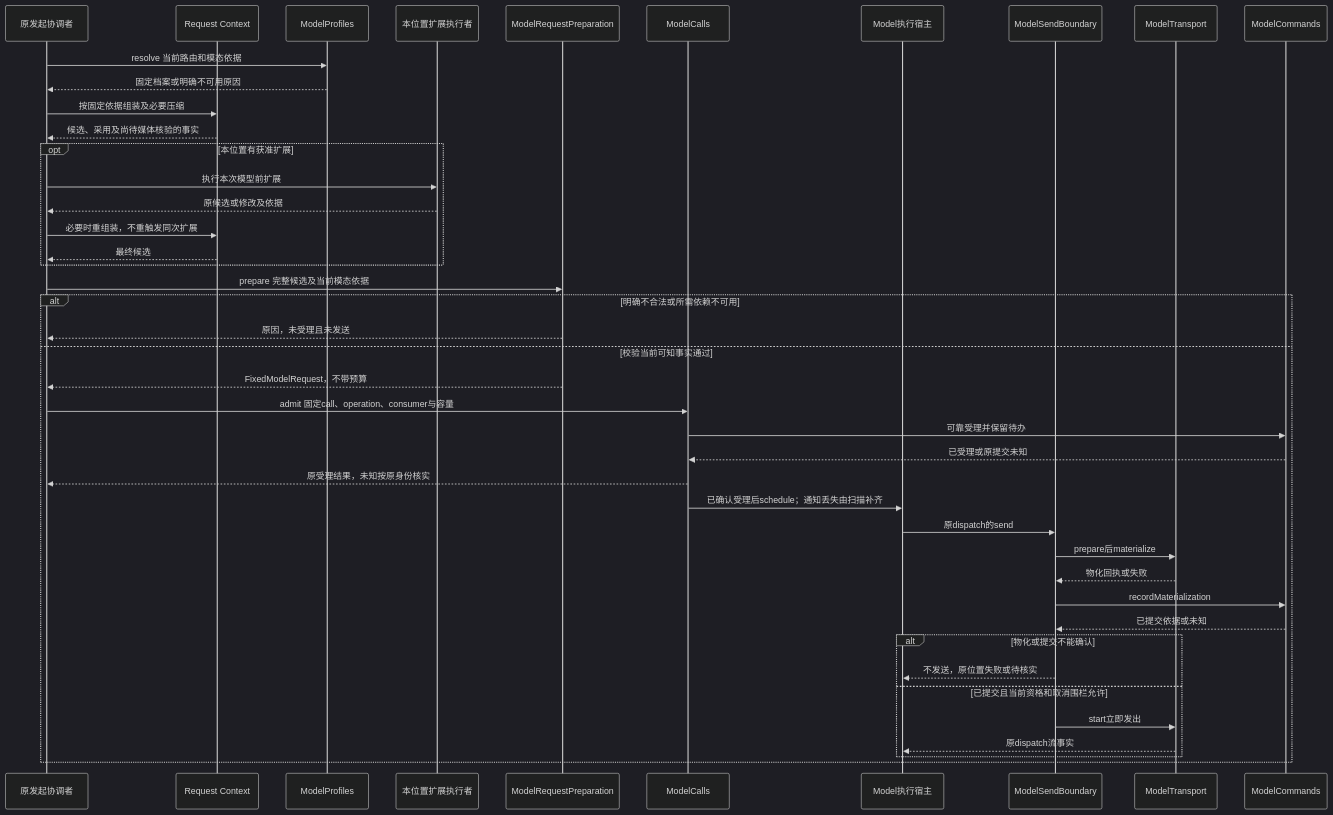
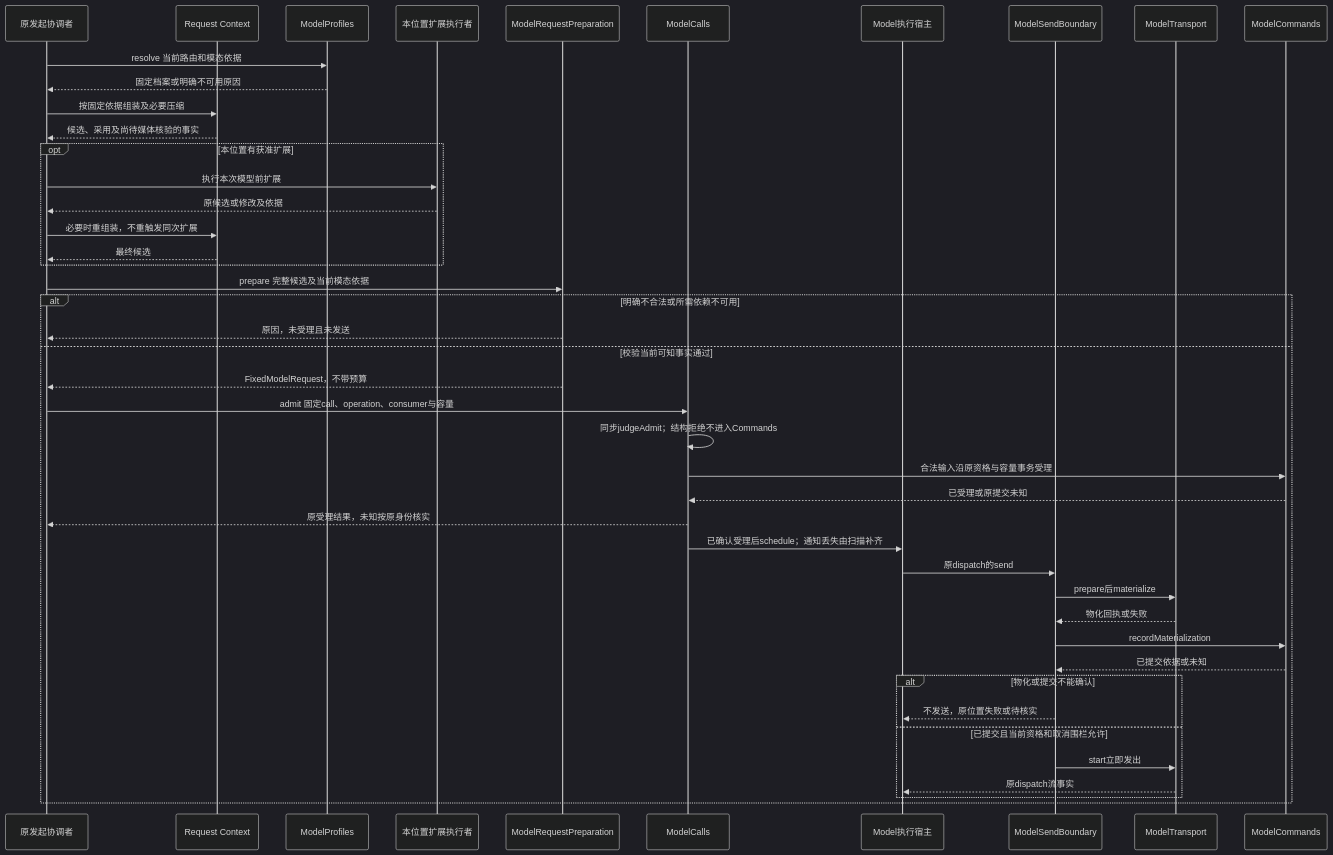
Before and after one commit to nemori-ai/omne-harness-lite: the eighth of 16 diagrams in packages/model/model/docs/flows.md, drawn with Mermaid (dark theme). The commit also changed 48 other files, not shown here.

````diff
--- a/packages/model/model/docs/flows.md
+++ b/packages/model/model/docs/flows.md
@@ -351,45 +351,46 @@
 ```mermaid
 sequenceDiagram
   participant F as 原发起协调者
   participant C as Request Context
   participant P as ModelProfiles
   participant X as 本位置扩展执行者
   participant V as ModelRequestPreparation
   participant R as ModelCalls
   participant H as Model执行宿主
   participant S as ModelSendBoundary
   participant T as ModelTransport
   participant D as ModelCommands
   F->>P: resolve 当前路由和模态依据
   P-->>F: 固定档案或明确不可用原因
   F->>C: 按固定依据组装及必要压缩
   C-->>F: 候选、采用及尚待媒体核验的事实
   opt 本位置有获准扩展
     F->>X: 执行本次模型前扩展
     X-->>F: 原候选或修改及依据
     F->>C: 必要时重组装，不重触发同次扩展
     C-->>F: 最终候选
   end
   F->>V: prepare 完整候选及当前模态依据
   alt 明确不合法或所需依赖不可用
     V-->>F: 原因，未受理且未发送
   else 校验当前可知事实通过
     V-->>F: FixedModelRequest，不带预算
     F->>R: admit 固定call、operation、consumer与容量
-    R->>D: 可靠受理并保留待办
+    R->>R: 同步judgeAdmit；结构拒绝不进入Commands
+    R->>D: 合法输入沿原资格与容量事务受理
     D-->>R: 已受理或原提交未知
     R-->>F: 原受理结果，未知按原身份核实
     R->>H: 已确认受理后schedule；通知丢失由扫描补齐
     H->>S: 原dispatch的send
     S->>T: prepare后materialize
     T-->>S: 物化回执或失败
     S->>D: recordMaterialization
     D-->>S: 已提交依据或未知
     alt 物化或提交不能确认
       S-->>H: 不发送，原位置失败或待核实
     else 已提交且当前资格和取消围栏允许
       S->>T: start立即发出
       T-->>H: 原dispatch流事实
     end
   end
 ```
````
